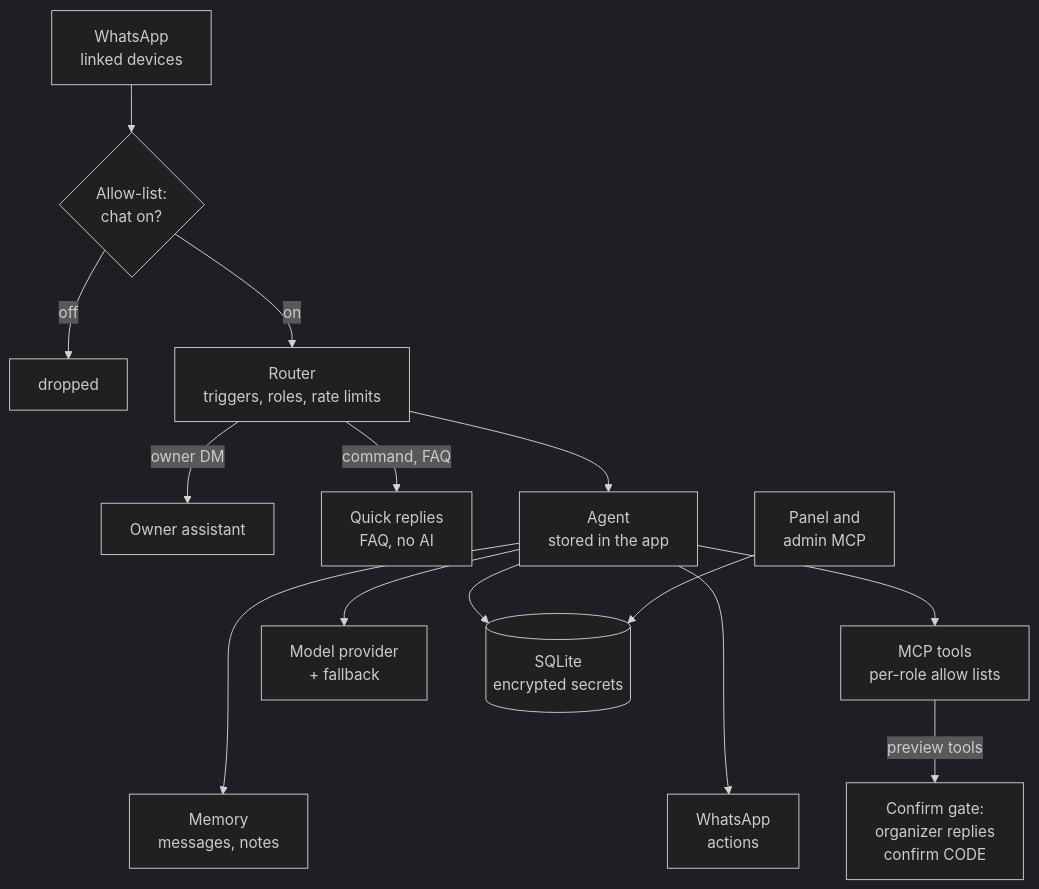
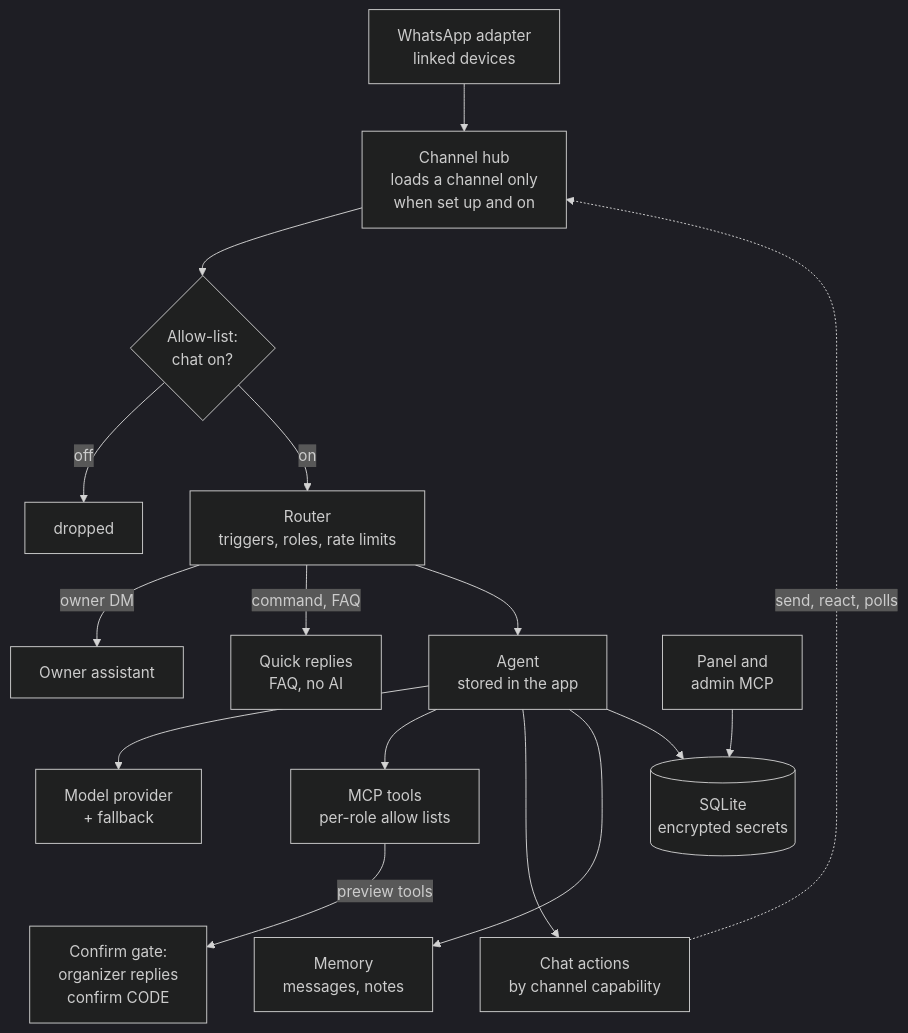
The diagram in docs/diagrams/architecture.mmd (vikramgorla/duniya), drawn with Mermaid (dark theme) before and after one commit. The commit also changed 77 other files, not shown here.

First line of the commit message:
Channels: a channel hub with WhatsApp as the first channel, loaded only when used (v2.35.0) (#162)

```diff
--- a/docs/diagrams/architecture.mmd
+++ b/docs/diagrams/architecture.mmd
@@ -1,16 +1,18 @@
 flowchart TD
-  WA["WhatsApp<br/>linked devices"] --> AL{"Allow-list:<br/>chat on?"}
+  WA["WhatsApp adapter<br/>linked devices"] --> HUB["Channel hub<br/>loads a channel only<br/>when set up and on"]
+  HUB --> AL{"Allow-list:<br/>chat on?"}
   AL -- "off" --> X["dropped"]
   AL -- "on" --> R["Router<br/>triggers, roles, rate limits"]
   R -- "owner DM" --> OA["Owner assistant"]
   R -- "command, FAQ" --> Q["Quick replies<br/>FAQ, no AI"]
   R --> AG["Agent<br/>stored in the app"]
   AG --> M["Model provider<br/>+ fallback"]
   AG --> T["MCP tools<br/>per-role allow lists"]
-  AG --> W["WhatsApp<br/>actions"]
+  AG --> W["Chat actions<br/>by channel capability"]
   T -- "preview tools" --> CG["Confirm gate:<br/>organizer replies<br/>confirm CODE"]
   M ~~~ MEM
   M ~~~ W
+  W -. "send, react, polls" .-> HUB
   AG --> MEM["Memory<br/>messages, notes"]
   AG --> DB[("SQLite<br/>encrypted secrets")]
   P["Panel and<br/>admin MCP"] --> DB
```
